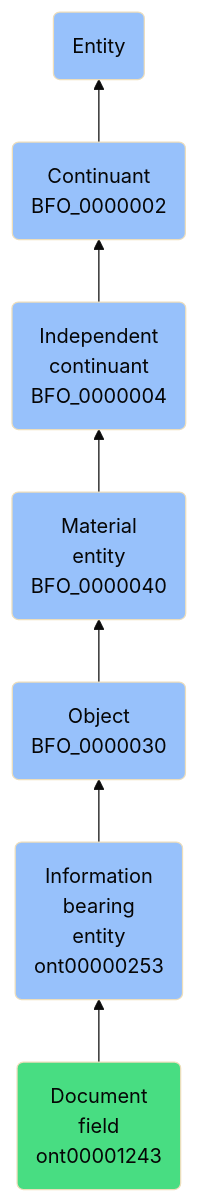
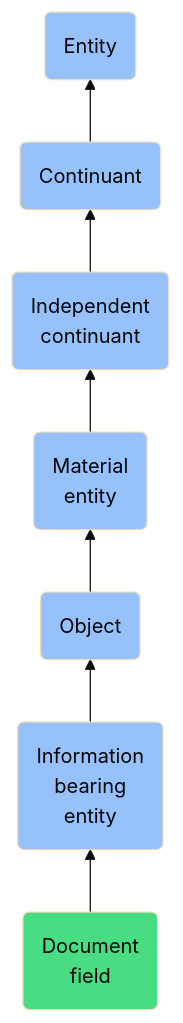
The diagram in docs/ontology/reference/model/Entity/Continuant/Independent continuant/Material entity/Object/Information bearing entity/Document field/Document field.md (jupyter-naas/abi), drawn with Mermaid (base theme) before and after one commit. The commit also changed other lines of this file and 1430 other files, not shown here.

````diff
--- a/docs/ontology/reference/model/Entity/Continuant/Independent continuant/Material entity/Object/Information bearing entity/Document field/Document field.md
+++ b/docs/ontology/reference/model/Entity/Continuant/Independent continuant/Material entity/Object/Information bearing entity/Document field/Document field.md
@@ -24,14 +24,14 @@
 ```mermaid
 graph BT
-    ont00001243(Document<br>field<br>ont00001243):::ABI-->ont00000253
-    ont00000253(Information<br>bearing<br>entity<br>ont00000253):::BFO-->BFO_0000030
-    BFO_0000030(Object<br>BFO_0000030):::BFO-->BFO_0000040
-    BFO_0000040(Material<br>entity<br>BFO_0000040):::BFO-->BFO_0000004
-    BFO_0000004(Independent<br>continuant<br>BFO_0000004):::BFO-->BFO_0000002
-    BFO_0000002(Continuant<br>BFO_0000002):::BFO-->BFO_0000001
+    ont00001243(Document<br>field):::ABI-->ont00000253
+    ont00000253(Information<br>bearing<br>entity):::BFO-->BFO_0000030
+    BFO_0000030(Object):::BFO-->BFO_0000040
+    BFO_0000040(Material<br>entity):::BFO-->BFO_0000004
+    BFO_0000004(Independent<br>continuant):::BFO-->BFO_0000002
+    BFO_0000002(Continuant):::BFO-->BFO_0000001
     BFO_0000001(Entity):::BFO
     
     classDef BFO fill:#97c1fb,color:#060606
     classDef CCO fill:#e4c51e,color:#060606
     classDef ABI fill:#48DD82,color:#060606
 ```
````
